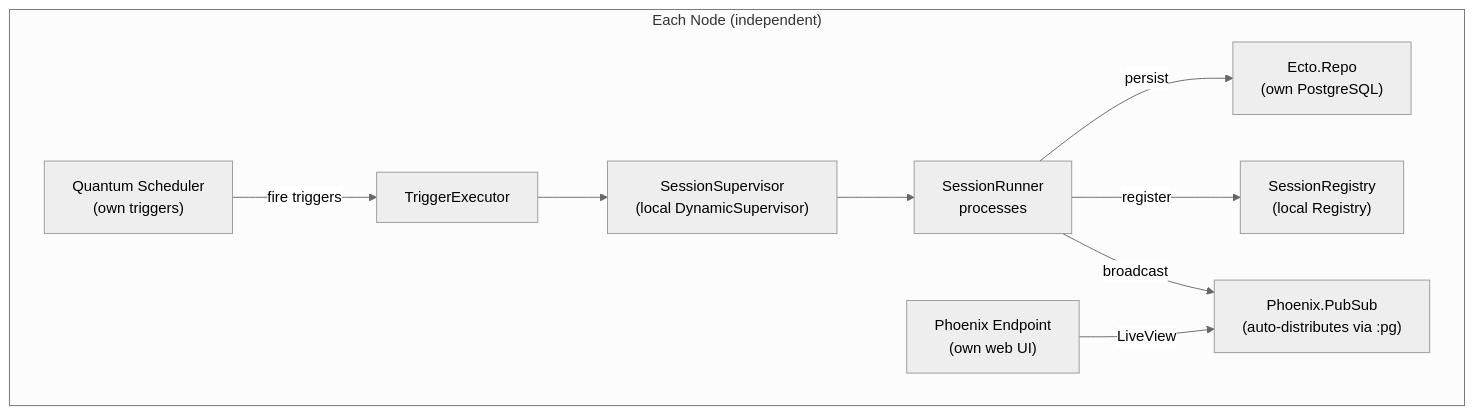
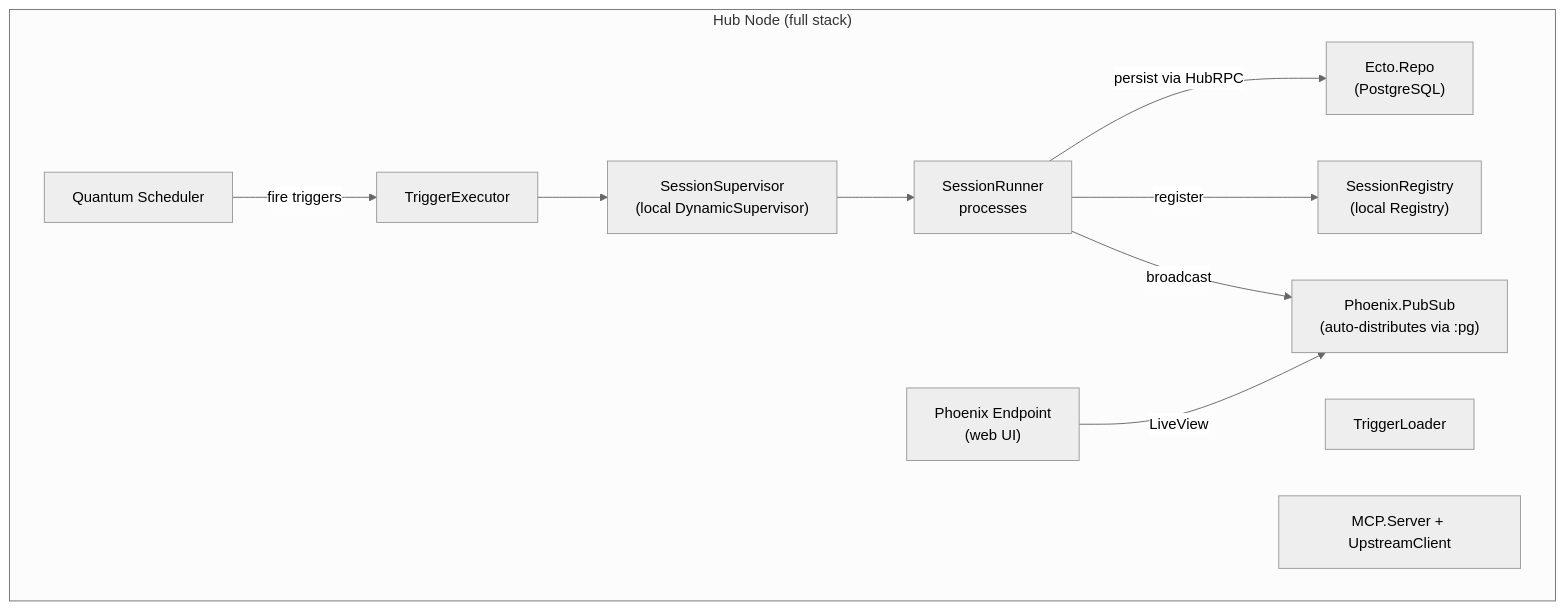
Before and after one commit to zingbretsen/orca_hub: the second of 6 diagrams in .context/clustering.md, drawn with Mermaid (neutral theme). The commit also changed other lines of this file and 26 other files, not shown here.

First line of the commit message:
Add hub/agent mode with HubRPC for centralized DB access

````diff
--- a/.context/clustering.md
+++ b/.context/clustering.md
@@ -48,21 +51,23 @@
 ```mermaid
 graph TB
-    subgraph EachNode["Each Node (independent)"]
-        Repo["Ecto.Repo<br/>(own PostgreSQL)"]
+    subgraph HubNode["Hub Node (full stack)"]
+        Repo["Ecto.Repo<br/>(PostgreSQL)"]
         SR["SessionRegistry<br/>(local Registry)"]
         SS["SessionSupervisor<br/>(local DynamicSupervisor)"]
         Runners["SessionRunner<br/>processes"]
         PS["Phoenix.PubSub<br/>(auto-distributes via :pg)"]
-        Sched["Quantum Scheduler<br/>(own triggers)"]
-        EP["Phoenix Endpoint<br/>(own web UI)"]
+        Sched["Quantum Scheduler"]
+        TL["TriggerLoader"]
+        EP["Phoenix Endpoint<br/>(web UI)"]
+        MCP["MCP.Server + UpstreamClient"]
 
         SS --> Runners
         Runners -->|register| SR
         Runners -->|broadcast| PS
-        Runners -->|persist| Repo
+        Runners -->|persist via HubRPC| Repo
         TE["TriggerExecutor"]
         Sched -->|fire triggers| TE
         TE --> SS
         EP -->|LiveView| PS
     end
 ```
````
